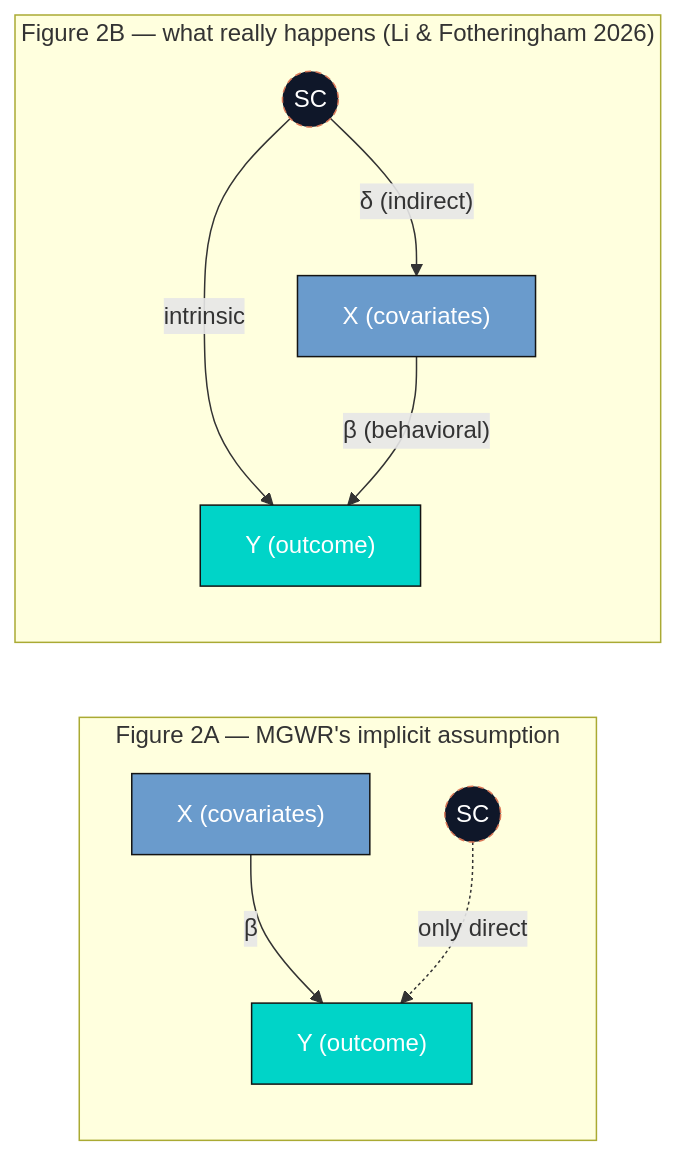
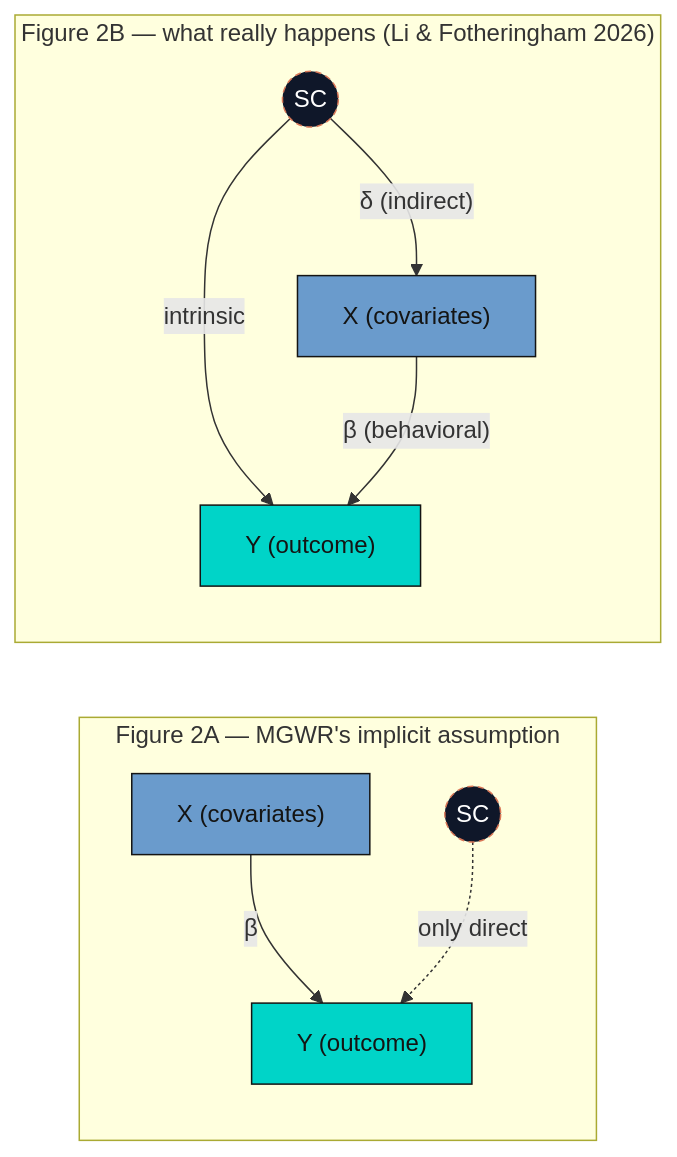
The second of 2 diagrams in content/post/python_mgwrfer/index.md (cmg777/starter-academic-v501), drawn with Mermaid before and after one commit. The commit also changed other lines of this file and 67 other files, not shown here.

First line of the commit message:
fix(mermaid): readable diagram text in both themes across the site

````diff
--- a/content/post/python_mgwrfer/index.md
+++ b/content/post/python_mgwrfer/index.md
@@ -126,19 +126,19 @@
 ```mermaid
 graph LR
     subgraph "Figure 2A — MGWR's implicit assumption"
         X1["X (covariates)"] -->|"β"| Y1["Y (outcome)"]
         SC1((SC)):::hidden -.->|"only direct"| Y1
     end
 
     subgraph "Figure 2B — what really happens (Li &amp; Fotheringham 2026)"
         SC2((SC)):::hidden -->|"δ (indirect)"| X2["X (covariates)"]
         SC2 -->|"intrinsic"| Y2["Y (outcome)"]
         X2 -->|"β (behavioral)"| Y2
     end
 
     classDef hidden fill:#0f1729,stroke:#d97757,color:#fff,stroke-dasharray: 4 3
-    style X1 fill:#6a9bcc,stroke:#141413,color:#fff
-    style Y1 fill:#00d4c8,stroke:#141413,color:#fff
-    style X2 fill:#6a9bcc,stroke:#141413,color:#fff
-    style Y2 fill:#00d4c8,stroke:#141413,color:#fff
+    style X1 fill:#6a9bcc,stroke:#141413,color:#141413
+    style Y1 fill:#00d4c8,stroke:#141413,color:#141413
+    style X2 fill:#6a9bcc,stroke:#141413,color:#141413
+    style Y2 fill:#00d4c8,stroke:#141413,color:#141413
 ```
````
